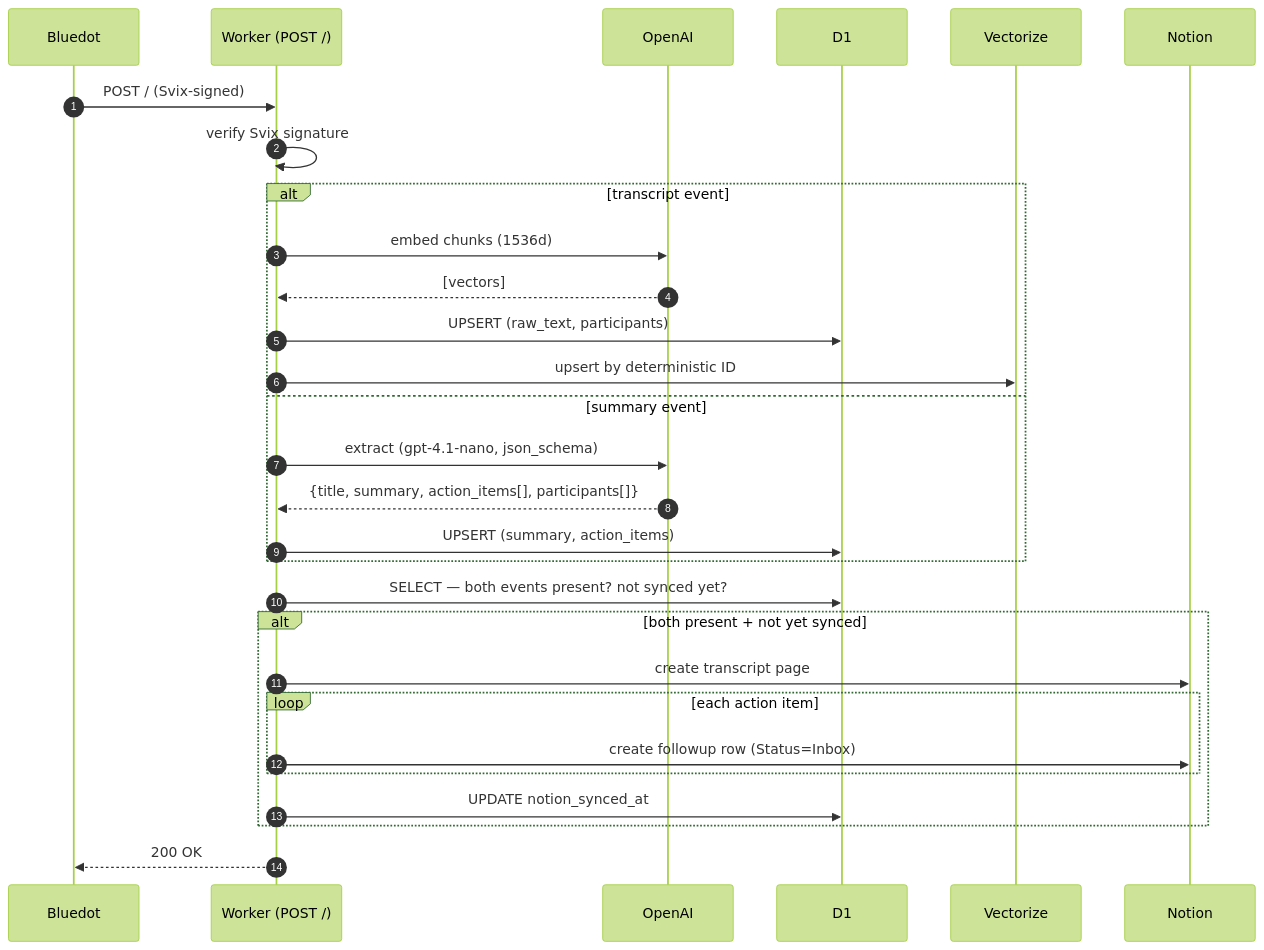
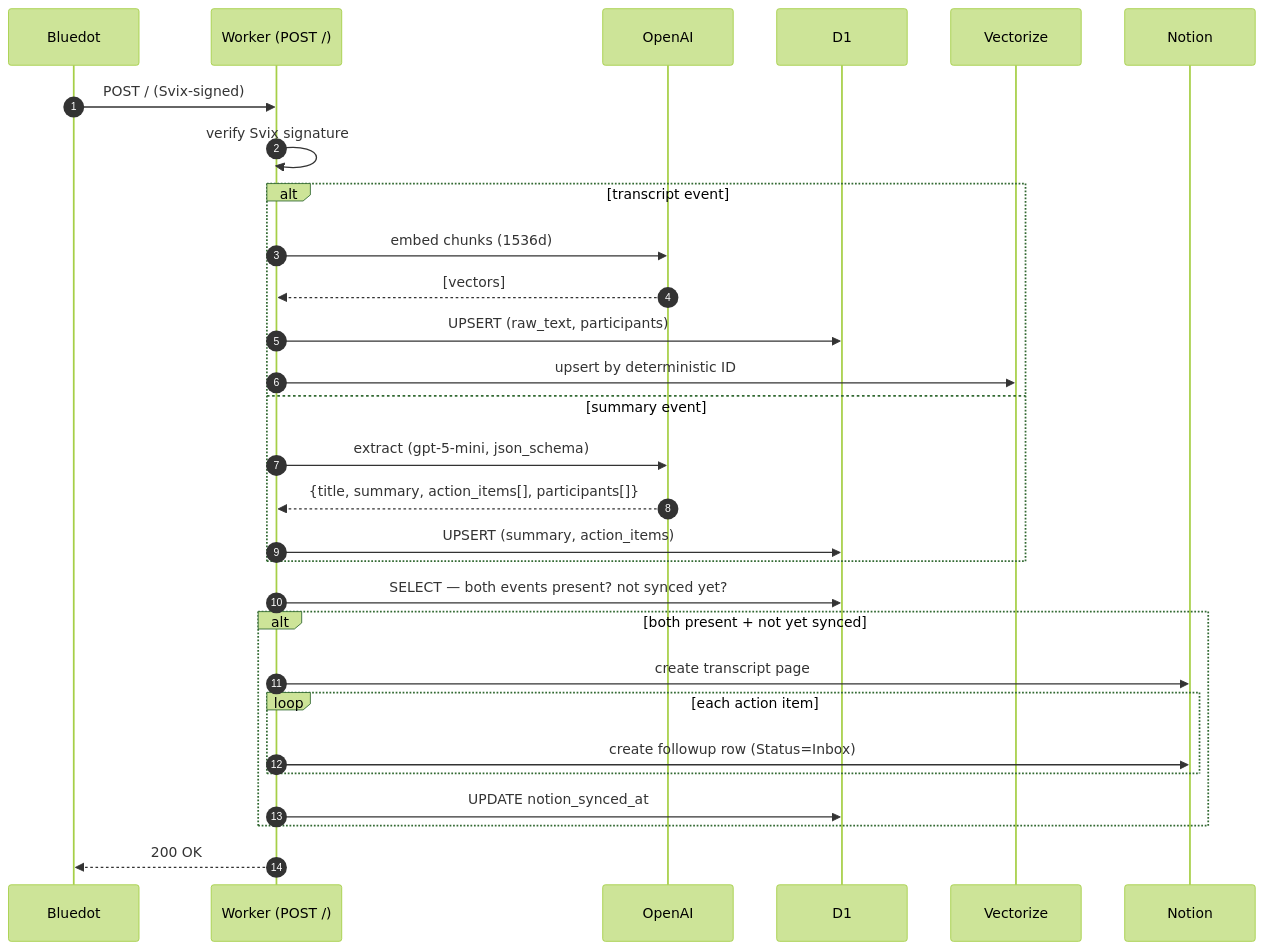
The second of 4 diagrams in docs/architecture.md (jchu96/bluedot-rag), drawn with Mermaid (forest theme) before and after one commit. The commit also changed 8 other files, not shown here.

First line of the commit message:
feat(extract): upgrade to gpt-5-mini + tighten extraction prompt

````diff
--- a/docs/architecture.md
+++ b/docs/architecture.md
@@ -113,32 +113,32 @@
 ```mermaid
 sequenceDiagram
     autonumber
     participant B as Bluedot
     participant W as Worker (POST /)
     participant O as OpenAI
     participant D as D1
     participant V as Vectorize
     participant N as Notion
 
     B->>W: POST / (Svix-signed)
     W->>W: verify Svix signature
     alt transcript event
         W->>O: embed chunks (1536d)
         O-->>W: [vectors]
         W->>D: UPSERT (raw_text, participants)
         W->>V: upsert by deterministic ID
     else summary event
-        W->>O: extract (gpt-4.1-nano, json_schema)
+        W->>O: extract (gpt-5-mini, json_schema)
         O-->>W: {title, summary, action_items[], participants[]}
         W->>D: UPSERT (summary, action_items)
     end
     W->>D: SELECT — both events present? not synced yet?
     alt both present + not yet synced
         W->>N: create transcript page
         loop each action item
             W->>N: create followup row (Status=Inbox)
         end
         W->>D: UPDATE notion_synced_at
     end
     W-->>B: 200 OK
 ```
````
